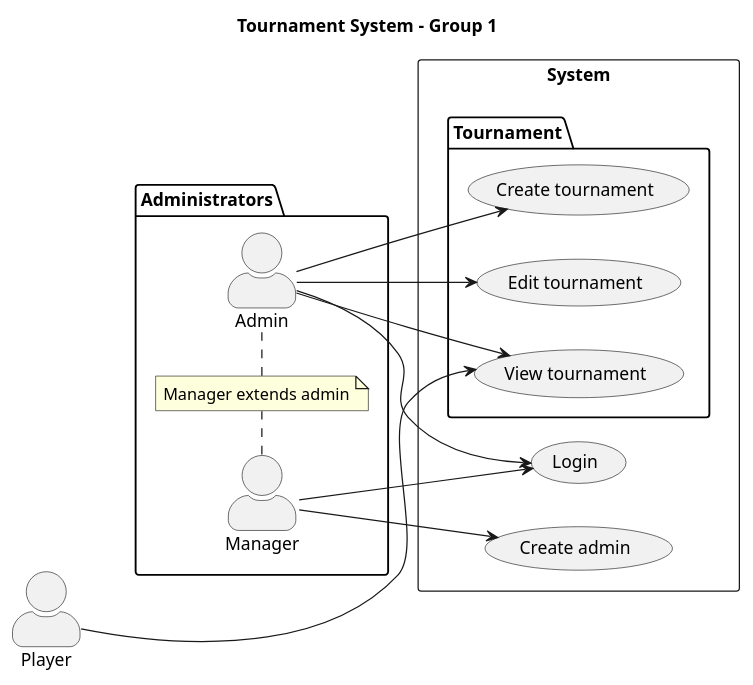
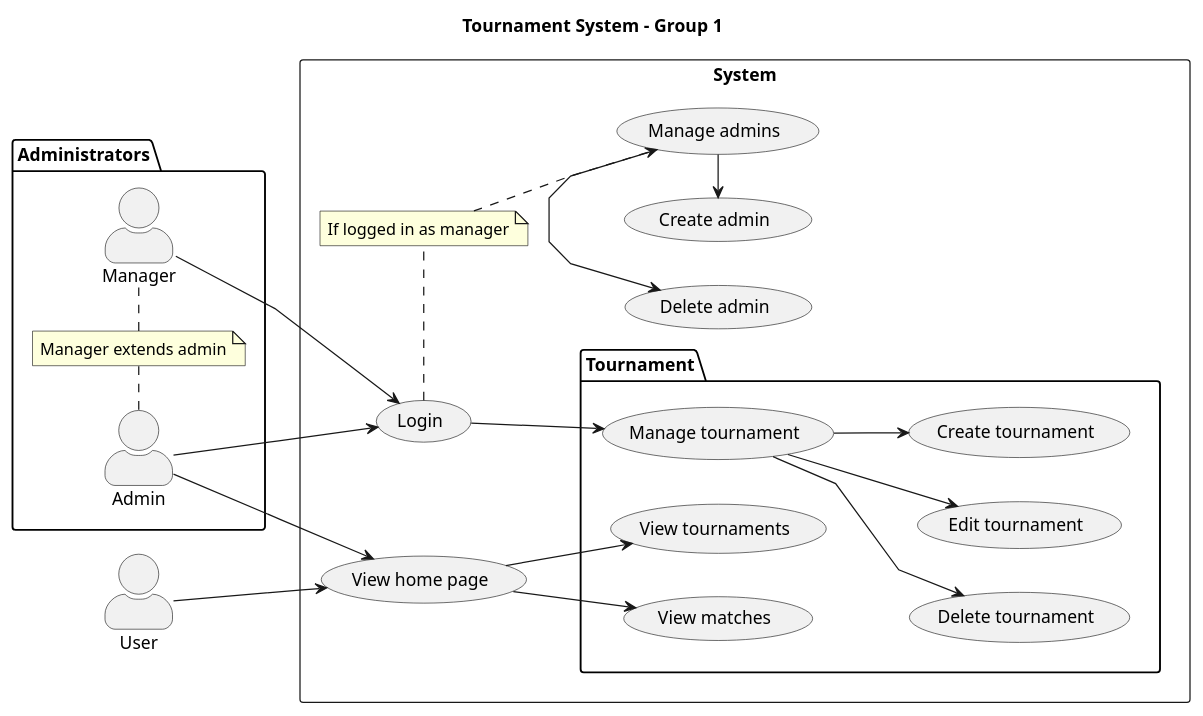
One commit to felixalbrigtsen/asura-tmdb changed the diagram in documentation/useCaseDiagram.puml. Above: the diagram before and after it, drawn with PlantUML.

Commit message:
Major revision, changed how the use-cases interact

```diff
--- a/documentation/useCaseDiagram.puml
+++ b/documentation/useCaseDiagram.puml
@@ -1,37 +1,64 @@
 @startuml Tournament System
 title Tournament System - Group 1 
 
 skinparam actorStyle awesome
+skinparam linetype polyline
+
 package Administrators {
     actor Manager as mgr
     actor Admin as adm
 
     note "Manager extends admin" as MgrNote
-    mgr . MgrNote
-    MgrNote . adm
+    mgr .l. MgrNote
+    MgrNote .l. adm
 }
 
-actor Player as p1
+actor User as u1
 
 left to right direction
 rectangle System {
     usecase "Login" as SysLogin
-    usecase "Create admin" as SysCreateA
+    usecase "Manage admins" as SysMngAdm
+    
+        usecase "Create admin" as SysCrtAdm
+        usecase "Delete admin" as SysDelAdm
+    
+    usecase "View home page" as HomeView
+    
+    package Tournament {
+        usecase "Manage tournament" as MngTou
+        together {
+            usecase "Create tournament" as TouCreateT
+            usecase "Edit tournament" as TouEdit
+            usecase "Delete tournament" as TouDelete
+        }
+        together {
+            usecase "View tournaments" as TouVtou
+            usecase "View matches" as TouVmatch
+        }
+    }
 
-    package Tournament {
-        usecase "Create tournament" as TouCreateT
-        usecase "Edit tournament" as TouEdit
-        usecase "View tournament" as TouView
-    }
+    note "If logged in as manager" as SysCrtAdmNote
+    SysLogin .r. SysCrtAdmNote
+    SysCrtAdmNote ..> SysMngAdm
 }
 
 mgr --> SysLogin
-mgr --> SysCreateA
 
 adm --> SysLogin
-adm --> TouCreateT
-adm --> TouEdit
-adm --> TouView
+adm --> HomeView
 
-p1 ---> TouView
+u1 --> HomeView
+
+SysLogin --> MngTou
+
+SysMngAdm -l--> SysCrtAdm
+SysMngAdm -l--> SysDelAdm
+
+MngTou --> TouCreateT
+MngTou --> TouEdit
+MngTou --> TouDelete
+
+HomeView --> TouVtou
+HomeView --> TouVmatch
 @enduml
```
